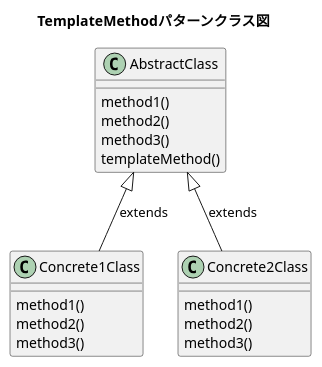
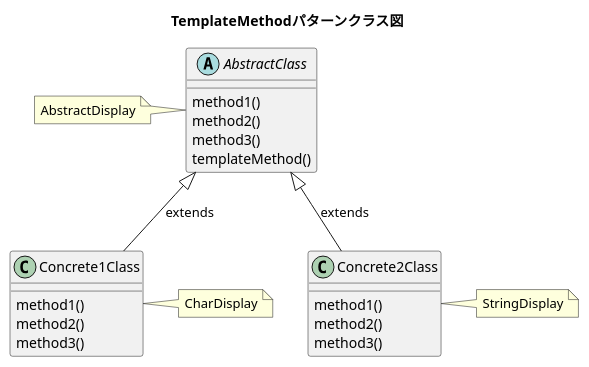
One commit to natsuyasai/JavaDesignPatternToKotlin changed the diagram in 03_TemplateMethod/TemplateMethod.pu. Above: the diagram before and after it, drawn with PlantUML. The commit also changed 7 other files, not shown here.

```diff
--- a/03_TemplateMethod/TemplateMethod.pu
+++ b/03_TemplateMethod/TemplateMethod.pu
@@ -1,30 +1,33 @@
 @startuml
 title TemplateMethodパターンクラス図
 
 ' 抽象クラス役
-class AbstractClass{
+abstract class AbstractClass{
     method1()
     method2()
     method3()
     templateMethod()
 }
+note left: AbstractDisplay
 
 ' 具象クラス
 class Concrete1Class{
     method1()
     method2()
     method3()
 }
+note right: CharDisplay
 
 ' 抽象クラス2
 class Concrete2Class{
     method1()
     method2()
     method3()
 }
+note right: StringDisplay
 
 ' 配置指定
 AbstractClass <|-- Concrete1Class : extends
 AbstractClass <|-- Concrete2Class : extends
 
 @enduml
```
